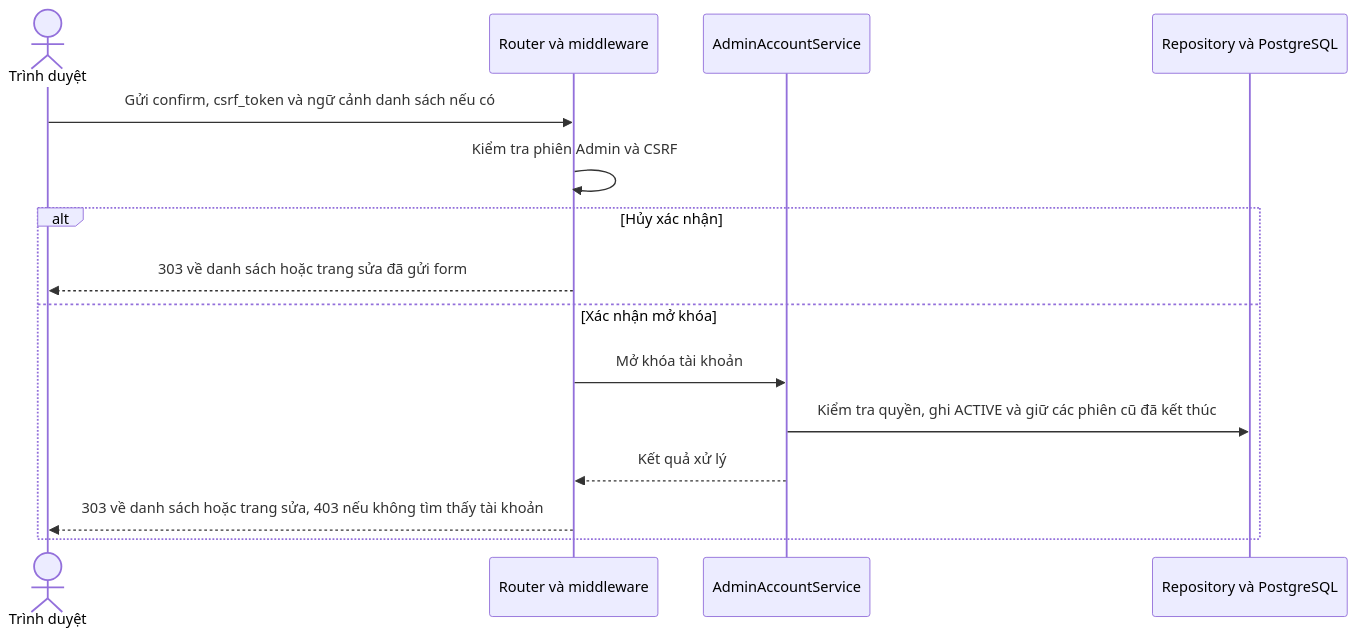
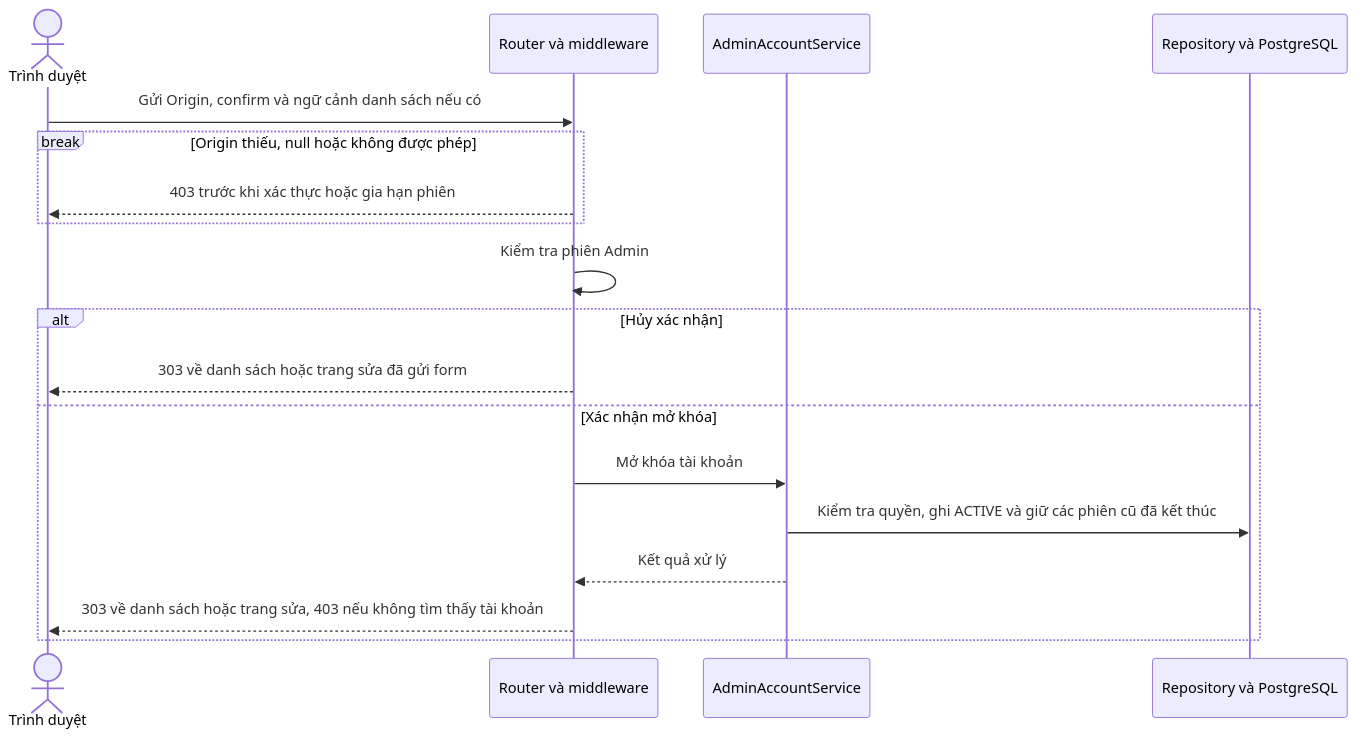
The diagram in docs/sequence/identity/post-admin-accounts-key-unlock.md (thanhklt/sobie-swimwear-e-commerce), drawn with Mermaid before and after one commit. The commit also changed 27 other files, not shown here.

First line of the commit message:
refactor(identity): drop CSRF token, enforce Origin on all write requests

````diff
--- a/docs/sequence/identity/post-admin-accounts-key-unlock.md
+++ b/docs/sequence/identity/post-admin-accounts-key-unlock.md
@@ -5,17 +5,20 @@
 ```mermaid
 sequenceDiagram
     actor Browser as Trình duyệt
     participant Route as Router và middleware
     participant Service as AdminAccountService
     participant Data as Repository và PostgreSQL
-    Browser->>Route: Gửi confirm, csrf_token và ngữ cảnh danh sách nếu có
-    Route->>Route: Kiểm tra phiên Admin và CSRF
+    Browser->>Route: Gửi Origin, confirm và ngữ cảnh danh sách nếu có
+    break Origin thiếu, null hoặc không được phép
+        Route-->>Browser: 403 trước khi xác thực hoặc gia hạn phiên
+    end
+    Route->>Route: Kiểm tra phiên Admin
     alt Hủy xác nhận
         Route-->>Browser: 303 về danh sách hoặc trang sửa đã gửi form
     else Xác nhận mở khóa
         Route->>Service: Mở khóa tài khoản
         Service->>Data: Kiểm tra quyền, ghi ACTIVE và giữ các phiên cũ đã kết thúc
         Service-->>Route: Kết quả xử lý
         Route-->>Browser: 303 về danh sách hoặc trang sửa, 403 nếu không tìm thấy tài khoản
     end
 ```
````
